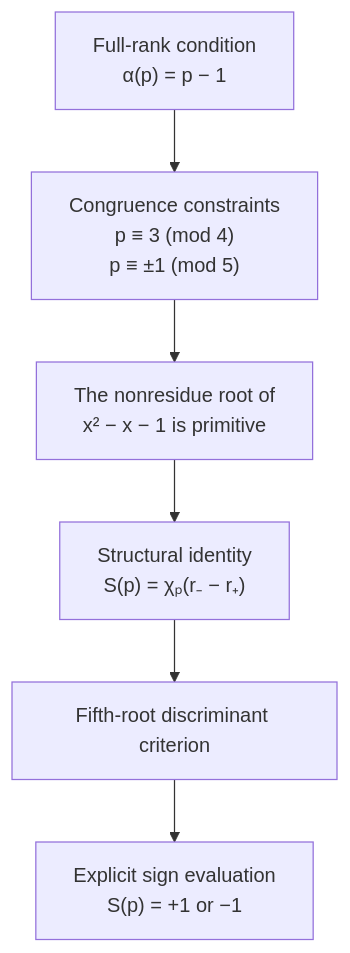
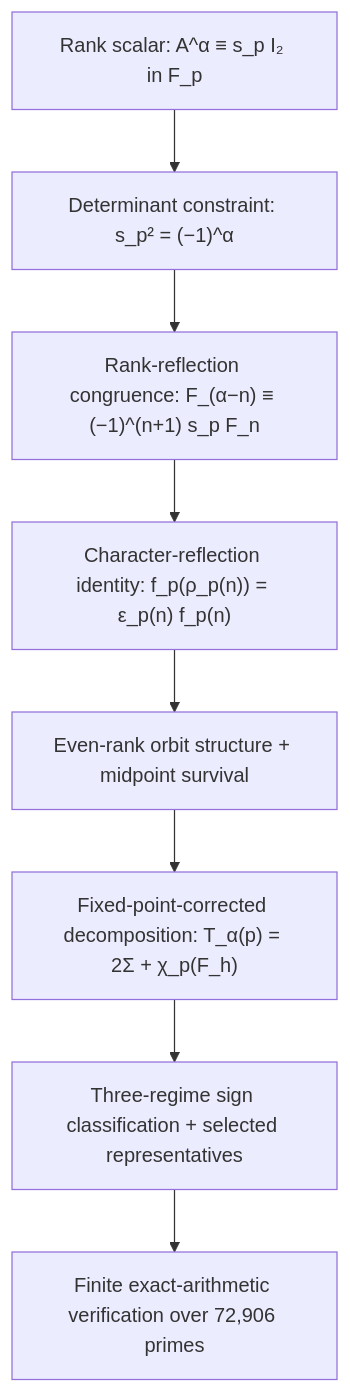
One commit to Majid-Ghandali/fibonacci-character-sum-full-rank changed the first of 3 diagrams in README.md. Above: the diagram before and after it, drawn with Mermaid. The commit also changed other lines of this file, not shown here.

````diff
--- a/README.md
+++ b/README.md
@@ -125,15 +154,10 @@
 ```mermaid
-flowchart TD
-    A["Full-rank condition<br/>α(p) = p − 1"]
-    B["Congruence constraints<br/>p ≡ 3 (mod 4)<br/>p ≡ ±1 (mod 5)"]
-    C["The nonresidue root of<br/>x² − x − 1 is primitive"]
-    D["Structural identity<br/>S(p) = χₚ(r₋ − r₊)"]
-    E["Fifth-root discriminant criterion"]
-    F["Explicit sign evaluation<br/>S(p) = +1 or −1"]
-
-    A --> B
-    B --> C
-    C --> D
-    D --> E
-    E --> F
+graph TD
+    A["Rank scalar: A^α ≡ s_p I₂ in F_p"] --> B["Determinant constraint: s_p² = (−1)^α"]
+    B --> C["Rank-reflection congruence: F_(α−n) ≡ (−1)^(n+1) s_p F_n"]
+    C --> D["Character-reflection identity: f_p(ρ_p(n)) = ε_p(n) f_p(n)"]
+    D --> E["Even-rank orbit structure + midpoint survival"]
+    E --> F["Fixed-point-corrected decomposition: T_α(p) = 2Σ + χ_p(F_h)"]
+    F --> G["Three-regime sign classification + selected representatives"]
+    G --> H["Finite exact-arithmetic verification over 72,906 primes"]
 ```
````
